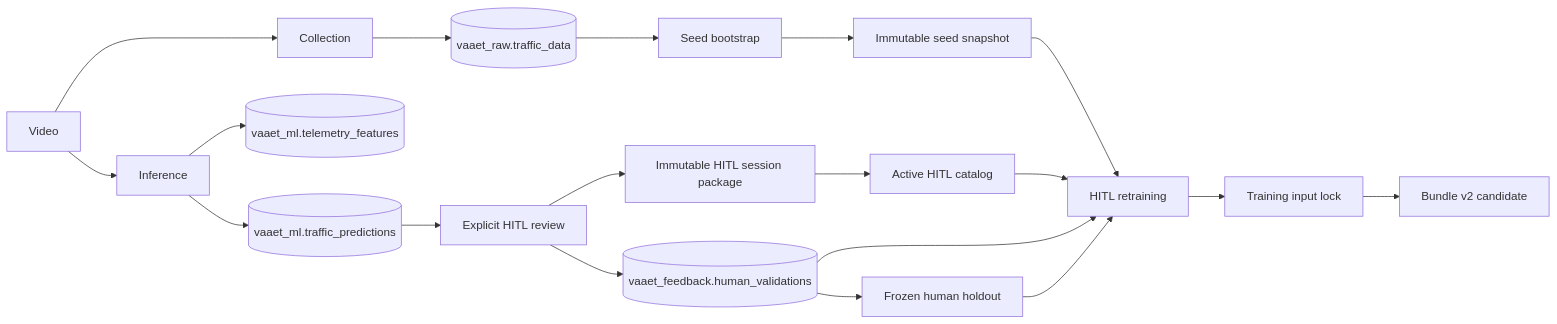
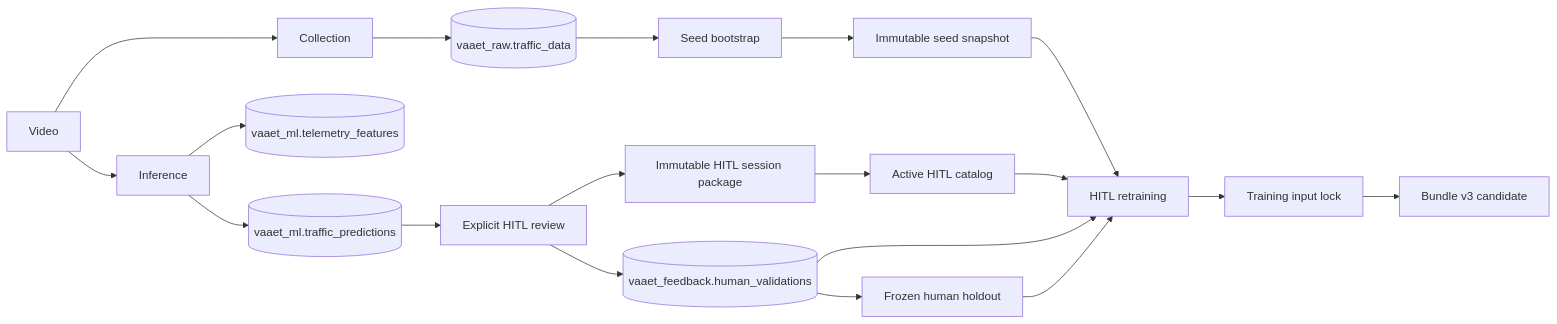
The diagram in docs/architecture/data-lineage.md (aka-titesen/vaaet), drawn with Mermaid before and after one commit. The commit also changed other lines of this file and 101 other files, not shown here.

````diff
--- a/docs/architecture/data-lineage.md
+++ b/docs/architecture/data-lineage.md
@@ -5,21 +5,21 @@
 ```mermaid
 flowchart LR
     V["Video"] --> C["Collection"]
     C --> R[("vaaet_raw.traffic_data")]
     V --> I["Inference"]
     I --> F[("vaaet_ml.telemetry_features")]
     I --> P[("vaaet_ml.traffic_predictions")]
     P --> Q["Explicit HITL review"]
     Q --> H[("vaaet_feedback.human_validations")]
     Q --> HP["Immutable HITL session package"]
     HP --> HC["Active HITL catalog"]
     R --> S["Seed bootstrap"]
     S --> SP["Immutable seed snapshot"]
     SP --> T["HITL retraining"]
     HC --> T
     H --> T
     H --> HO["Frozen human holdout"]
     HO --> T
     T --> L["Training input lock"]
-    L --> B["Bundle v2 candidate"]
+    L --> B["Bundle v3 candidate"]
 ```
````
